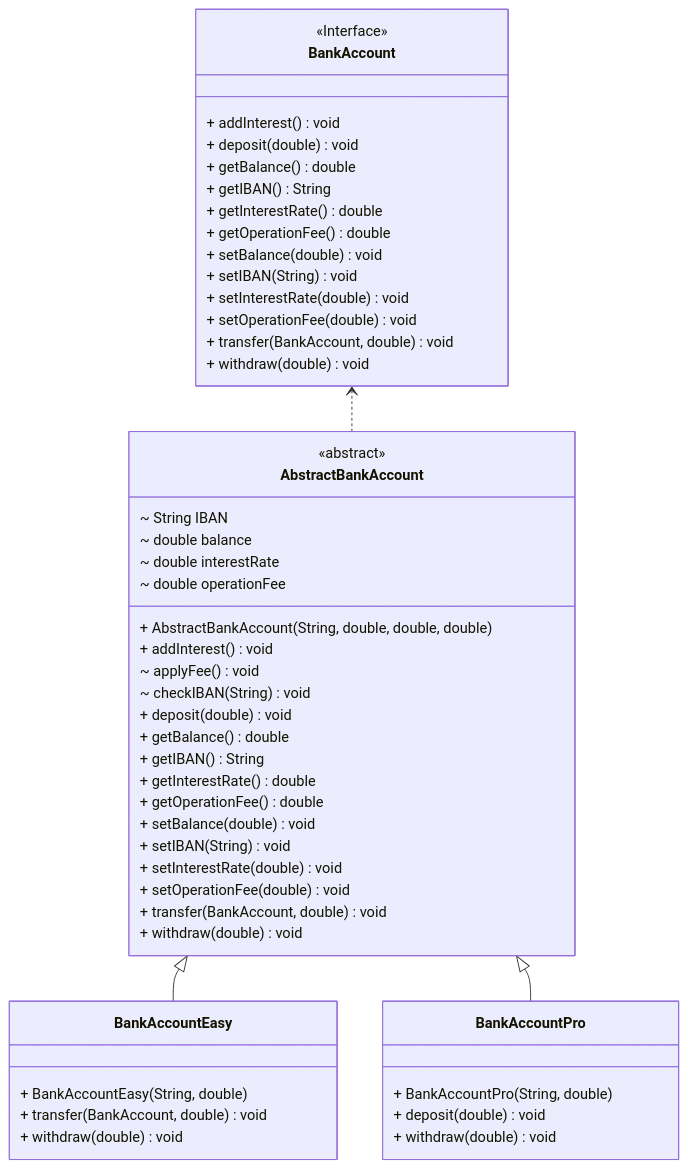
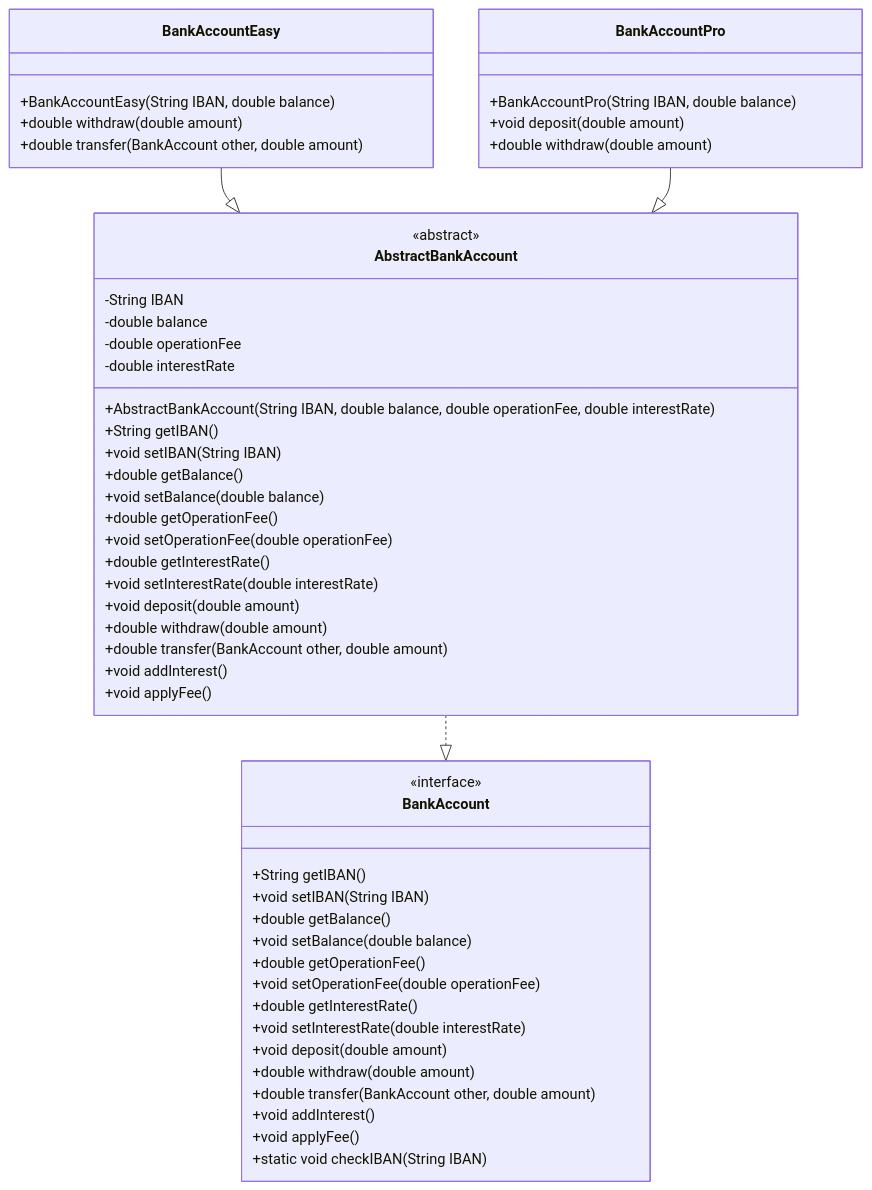
The tenth of 13 diagrams in exercices/src/main/java/oop/README.md (MarinCervinschi/ObjectOrientedProgramming), drawn with Mermaid before and after one commit. The commit also changed other lines of this file and 21 other files, not shown here.

````diff
--- a/exercices/src/main/java/oop/README.md
+++ b/exercices/src/main/java/oop/README.md
@@ -349,55 +361,58 @@
 ```mermaid
 classDiagram
-direction BT
-class AbstractBankAccount {
-  <<abstract>>
-  ~ String IBAN
-  ~ double balance
-  ~ double interestRate
-  ~ double operationFee
-  + AbstractBankAccount(String, double, double, double)
-  + addInterest() void
-  ~ applyFee() void
-  ~ checkIBAN(String) void
-  + deposit(double) void
-  + getBalance() double
-  + getIBAN() String
-  + getInterestRate() double
-  + getOperationFee() double
-  + setBalance(double) void
-  + setIBAN(String) void
-  + setInterestRate(double) void
-  + setOperationFee(double) void
-  + transfer(BankAccount, double) void
-  + withdraw(double) void
-}
 class BankAccount {
-  <<Interface>>
-  + addInterest() void
-  + deposit(double) void
-  + getBalance() double
-  + getIBAN() String
-  + getInterestRate() double
-  + getOperationFee() double
-  + setBalance(double) void
-  + setIBAN(String) void
-  + setInterestRate(double) void
-  + setOperationFee(double) void
-  + transfer(BankAccount, double) void
-  + withdraw(double) void
-}
-class BankAccountEasy {
-  + BankAccountEasy(String, double)
-  + transfer(BankAccount, double) void
-  + withdraw(double) void
-}
-class BankAccountPro {
-  + BankAccountPro(String, double)
-  + deposit(double) void
-  + withdraw(double) void
+<<interface>>
++String getIBAN()
++void setIBAN(String IBAN)
++double getBalance()
++void setBalance(double balance)
++double getOperationFee()
++void setOperationFee(double operationFee)
++double getInterestRate()
++void setInterestRate(double interestRate)
++void deposit(double amount)
++double withdraw(double amount)
++double transfer(BankAccount other, double amount)
++void addInterest()
++void applyFee()
++static void checkIBAN(String IBAN)
 }
 
-AbstractBankAccount  ..>  BankAccount
-BankAccountEasy  --|>  AbstractBankAccount
-BankAccountPro  --|>  AbstractBankAccount
+class AbstractBankAccount {
+    <<abstract>>
+-String IBAN
+-double balance
+-double operationFee
+-double interestRate
++AbstractBankAccount(String IBAN, double balance, double operationFee, double interestRate)
++String getIBAN()
++void setIBAN(String IBAN)
++double getBalance()
++void setBalance(double balance)
++double getOperationFee()
++void setOperationFee(double operationFee)
++double getInterestRate()
++void setInterestRate(double interestRate)
++void deposit(double amount)
++double withdraw(double amount)
++double transfer(BankAccount other, double amount)
++void addInterest()
++void applyFee()
+}
+
+class BankAccountEasy {
++BankAccountEasy(String IBAN, double balance)
++double withdraw(double amount)
++double transfer(BankAccount other, double amount)
+}
+
+class BankAccountPro {
++BankAccountPro(String IBAN, double balance)
++void deposit(double amount)
++double withdraw(double amount)
+}
+
+BankAccountEasy --|> AbstractBankAccount
+BankAccountPro --|> AbstractBankAccount
+AbstractBankAccount ..|> BankAccount
 ```
````
